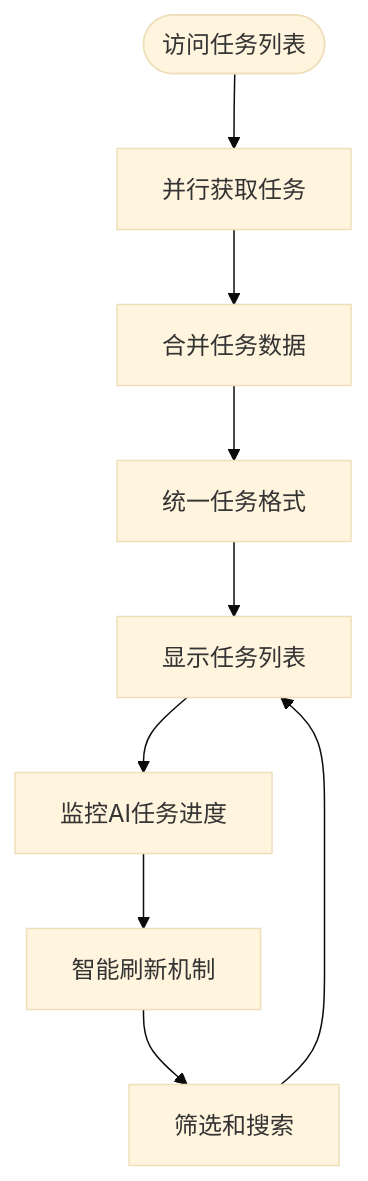
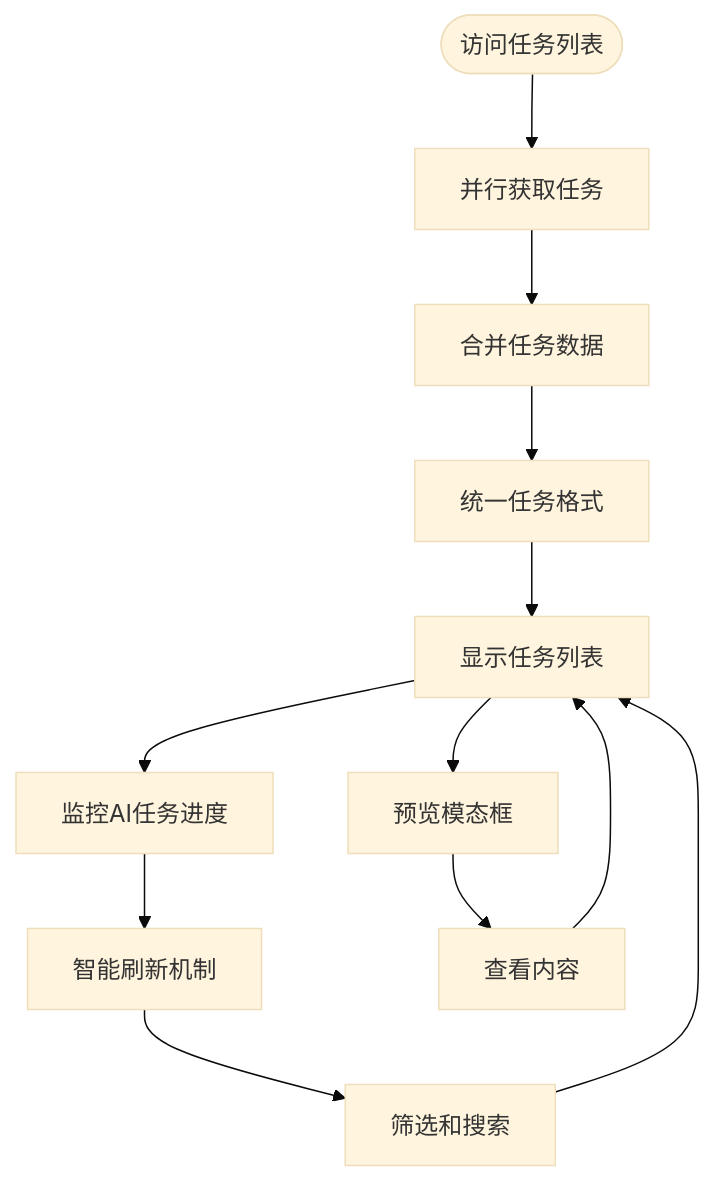
Before and after one commit to songdiyang/clawOperations: the sixth of 21 diagrams in .qoder/repowiki/zh/content/核心模块详解/Web界面系统/AI创作页面.md, drawn with Mermaid (base theme). The commit also changed other lines of this file and 2 other files, not shown here.

````diff
--- a/.qoder/repowiki/zh/content/核心模块详解/Web界面系统/AI创作页面.md
+++ b/.qoder/repowiki/zh/content/核心模块详解/Web界面系统/AI创作页面.md
@@ -392,11 +376,14 @@
 ```mermaid
 flowchart TD
 Start([访问任务列表]) --> ParallelFetch[并行获取任务]
 ParallelFetch --> MergeTasks[合并任务数据]
 MergeTasks --> UnifiedFormat[统一任务格式]
 UnifiedFormat --> DisplayList[显示任务列表]
 DisplayList --> MonitorProgress[监控AI任务进度]
 MonitorProgress --> AutoRefresh[智能刷新机制]
 AutoRefresh --> FilterTasks[筛选和搜索]
 FilterTasks --> DisplayList
+DisplayList --> PreviewModal[预览模态框]
+PreviewModal --> ViewContent[查看内容]
+ViewContent --> DisplayList
 ```
````
